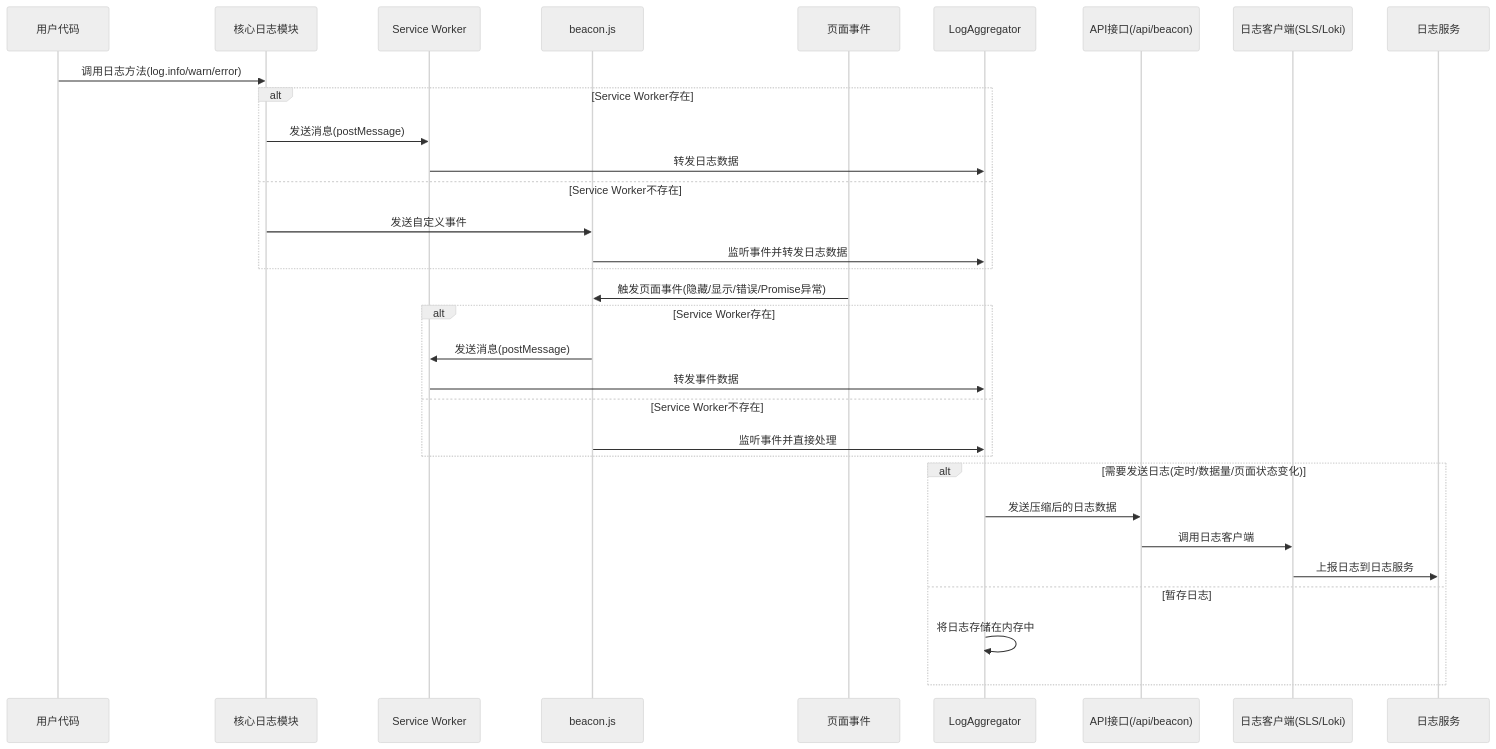
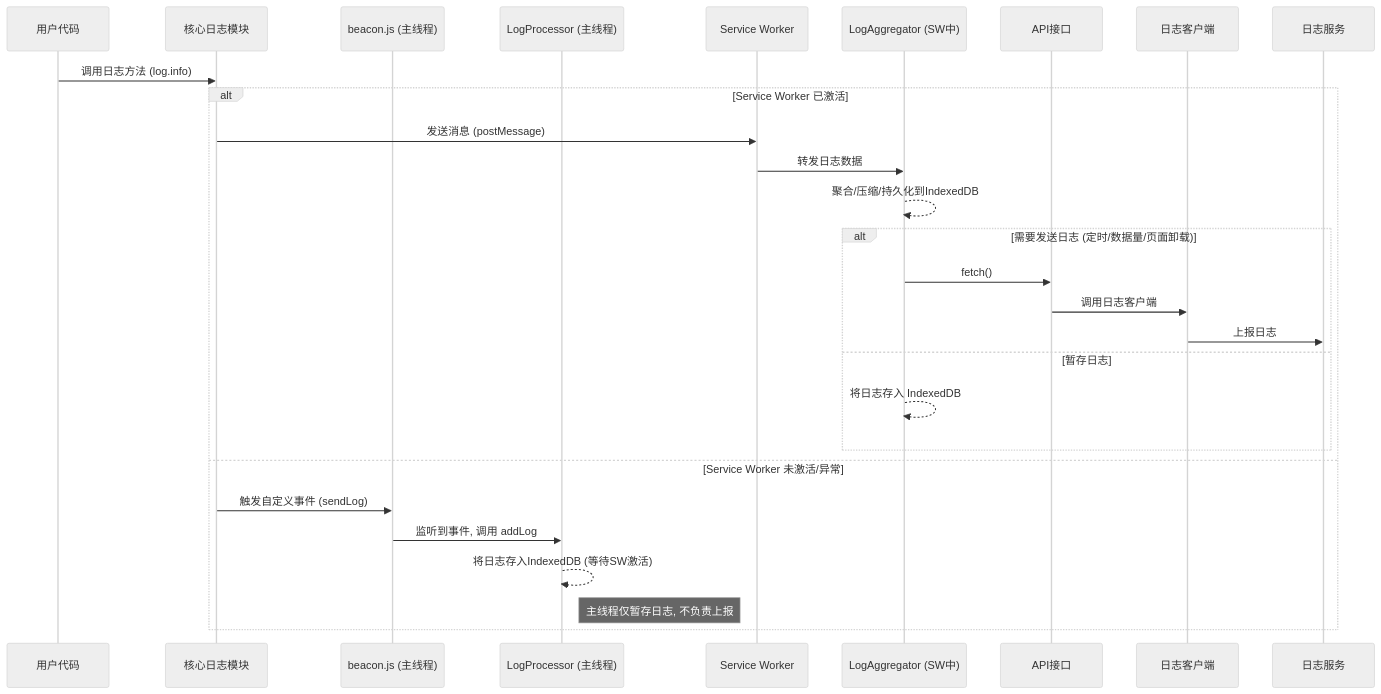
The diagram in README.md (luokaibin/logs), drawn with Mermaid (neutral theme) before and after one commit. The commit also changed 1 other file, not shown here.

Commit message:
docs: update README documentation in logs directory

````diff
--- a/README.md
+++ b/README.md
@@ -308,43 +308,34 @@
 ```mermaid
 sequenceDiagram
     participant User as 用户代码
     participant Core as 核心日志模块
+    participant BeaconJS as beacon.js (主线程)
+    participant LogProc as LogProcessor (主线程)
     participant SW as Service Worker
-    participant BeaconJS as beacon.js
-    participant Events as 页面事件
-    participant LogAgg as LogAggregator
-    participant API as API接口(/api/beacon)
-    participant LogClient as 日志客户端(SLS/Loki)
+    participant LogAgg as LogAggregator (SW中)
+    participant API as API接口
+    participant LogClient as 日志客户端
     participant LogService as 日志服务
-    
-    %% 用户打印日志
-    User->>Core: 调用日志方法(log.info/warn/error)
-    
-    %% 核心模块处理
-    alt Service Worker存在
-        Core->>SW: 发送消息(postMessage)
+
+    User->>Core: 调用日志方法 (log.info)
+
+    alt Service Worker 已激活
+        Core->>SW: 发送消息 (postMessage)
         SW->>LogAgg: 转发日志数据
-    else Service Worker不存在
-        Core->>BeaconJS: 发送自定义事件
-        BeaconJS->>LogAgg: 监听事件并转发日志数据
-    end
-    
-    %% 页面事件监听
-    Events->>BeaconJS: 触发页面事件(隐藏/显示/错误/Promise异常)
-    
-    alt Service Worker存在
-        BeaconJS->>SW: 发送消息(postMessage)
-        SW->>LogAgg: 转发事件数据
-    else Service Worker不存在
-        BeaconJS->>LogAgg: 监听事件并直接处理
-    end
-    
-    %% LogAggregator决策
-    alt 需要发送日志(定时/数据量/页面状态变化)
-        LogAgg->>API: 发送压缩后的日志数据
-        API->>LogClient: 调用日志客户端
-        LogClient->>LogService: 上报日志到日志服务
-    else 暂存日志
-        LogAgg->>LogAgg: 将日志存储在内存中
+        LogAgg-->>LogAgg: 聚合/压缩/持久化到IndexedDB
+        
+        alt 需要发送日志 (定时/数据量/页面卸载)
+            LogAgg->>API: fetch()
+            API->>LogClient: 调用日志客户端
+            LogClient->>LogService: 上报日志
+        else 暂存日志
+            LogAgg-->>LogAgg: 将日志存入 IndexedDB
+        end
+
+    else Service Worker 未激活/异常
+        Core->>BeaconJS: 触发自定义事件 (sendLog)
+        BeaconJS->>LogProc: 监听到事件, 调用 addLog
+        LogProc-->>LogProc: 将日志存入IndexedDB (等待SW激活)
+        Note right of LogProc: 主线程仅暂存日志, 不负责上报
     end
 ```
````
